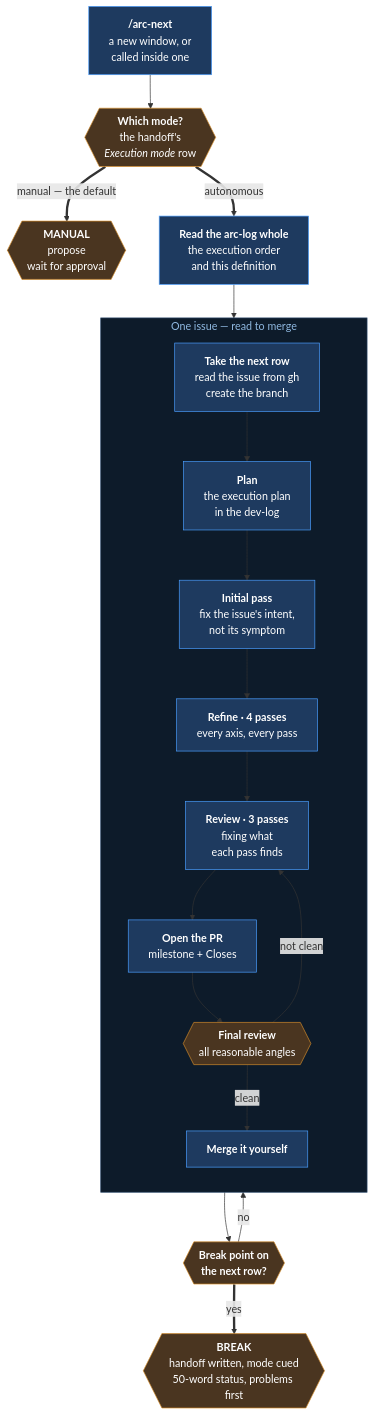
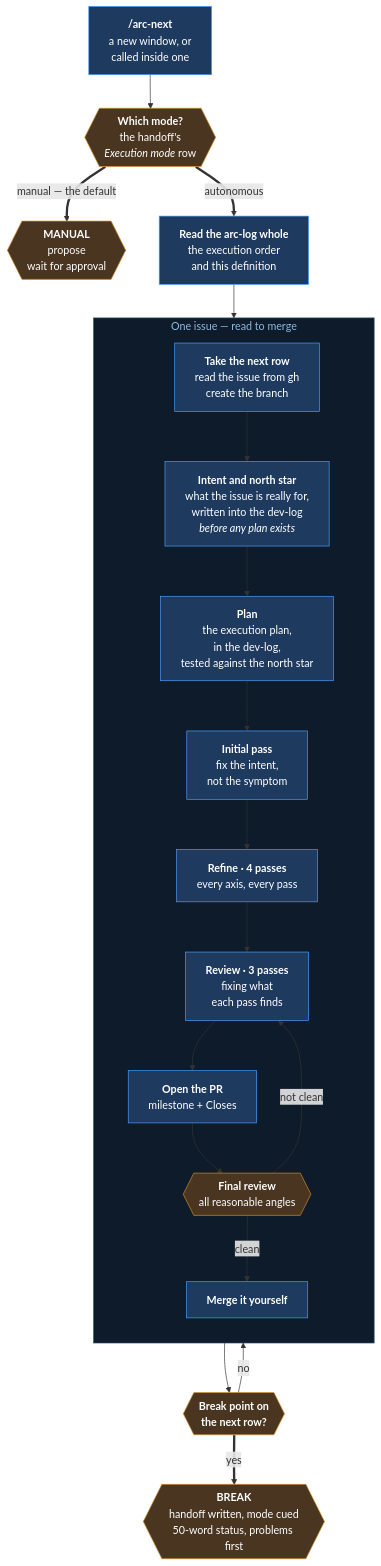
The fourth of 4 diagrams in docs/arc-log/arc-03-camp.md (Calyx-Engineering/arc), drawn with Mermaid before and after one commit. The commit also changed other lines of this file, not shown here.

Commit message:
docs: establish the issue's intent and north star before the plan
A plan written straight off the issue steers by the issue's wording. The
intent — what the issue is really for — has to be settled and recorded first,
so the plan has something to be tested against.

New step between creating the branch and planning, in §6.1's diagram and in
the eleven-step loop. The dev-log carries both.

````diff
--- a/docs/arc-log/arc-03-camp.md
+++ b/docs/arc-log/arc-03-camp.md
@@ -219,26 +219,27 @@
 ```mermaid
 flowchart TB
     START["<b>/arc-next</b><br/>a new window, or<br/>called inside one"] --> MODE{{"<b>Which mode?</b><br/>the handoff's<br/><i>Execution mode</i> row"}}
     MODE ==>|"manual — the default"| MAN{{"<b>MANUAL</b><br/>propose<br/>wait for approval"}}
     MODE ==>|"autonomous"| READ["<b>Read the arc-log whole</b><br/>the execution order<br/>and this definition"]
     subgraph L[" One issue — read to merge "]
         direction TB
-        ISSUE["<b>Take the next row</b><br/>read the issue from gh<br/>create the branch"] --> PLAN["<b>Plan</b><br/>the execution plan<br/>in the dev-log"]
-        PLAN --> IMPL["<b>Initial pass</b><br/>fix the issue's intent,<br/>not its symptom"]
+        ISSUE["<b>Take the next row</b><br/>read the issue from gh<br/>create the branch"] --> INTENT["<b>Intent and north star</b><br/>what the issue is really for,<br/>written into the dev-log<br/><i>before any plan exists</i>"]
+        INTENT --> PLAN["<b>Plan</b><br/>the execution plan,<br/>in the dev-log,<br/>tested against the north star"]
+        PLAN --> IMPL["<b>Initial pass</b><br/>fix the intent,<br/>not the symptom"]
         IMPL --> REF["<b>Refine · 4 passes</b><br/>every axis, every pass"]
         REF --> REV["<b>Review · 3 passes</b><br/>fixing what<br/>each pass finds"]
         REV --> PR["<b>Open the PR</b><br/>milestone + Closes"]
         PR --> FIN{{"<b>Final review</b><br/>all reasonable angles"}}
         FIN -->|"not clean"| REV
         FIN -->|"clean"| MERGE["<b>Merge it yourself</b>"]
     end
     READ --> ISSUE
     MERGE --> NEXT{{"<b>Break point on<br/>the next row?</b>"}}
     NEXT -->|"no"| ISSUE
     NEXT ==>|"yes"| BRK{{"<b>BREAK</b><br/>handoff written, mode cued<br/>50-word status, problems first"}}
     classDef n fill:#1e3a5f,stroke:#4a9eff,color:#fff
     classDef s fill:#4a3520,stroke:#d98f2b,color:#fff
-    class START,READ,ISSUE,PLAN,IMPL,REF,REV,PR,MERGE n
+    class START,READ,ISSUE,INTENT,PLAN,IMPL,REF,REV,PR,MERGE n
     class MODE,MAN,FIN,NEXT,BRK s
     style L fill:#0d1b2a,stroke:#2c4a6b,color:#8fb8e0
 ```
````
